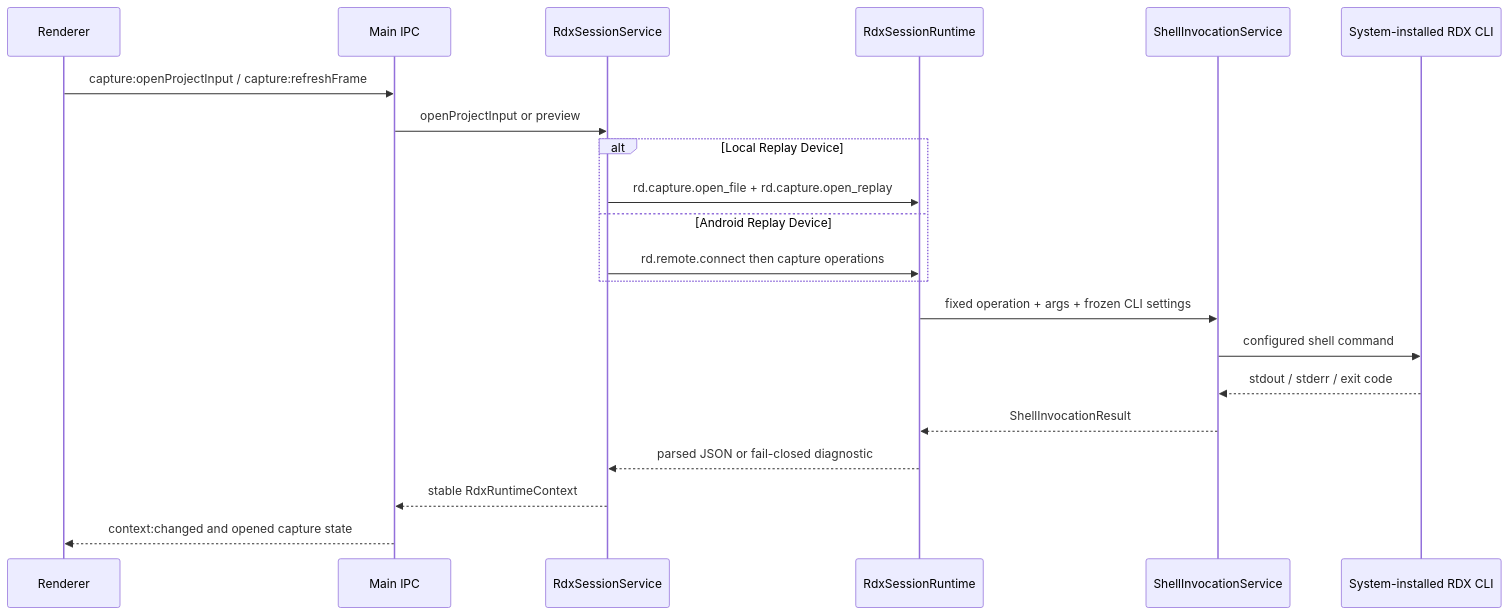
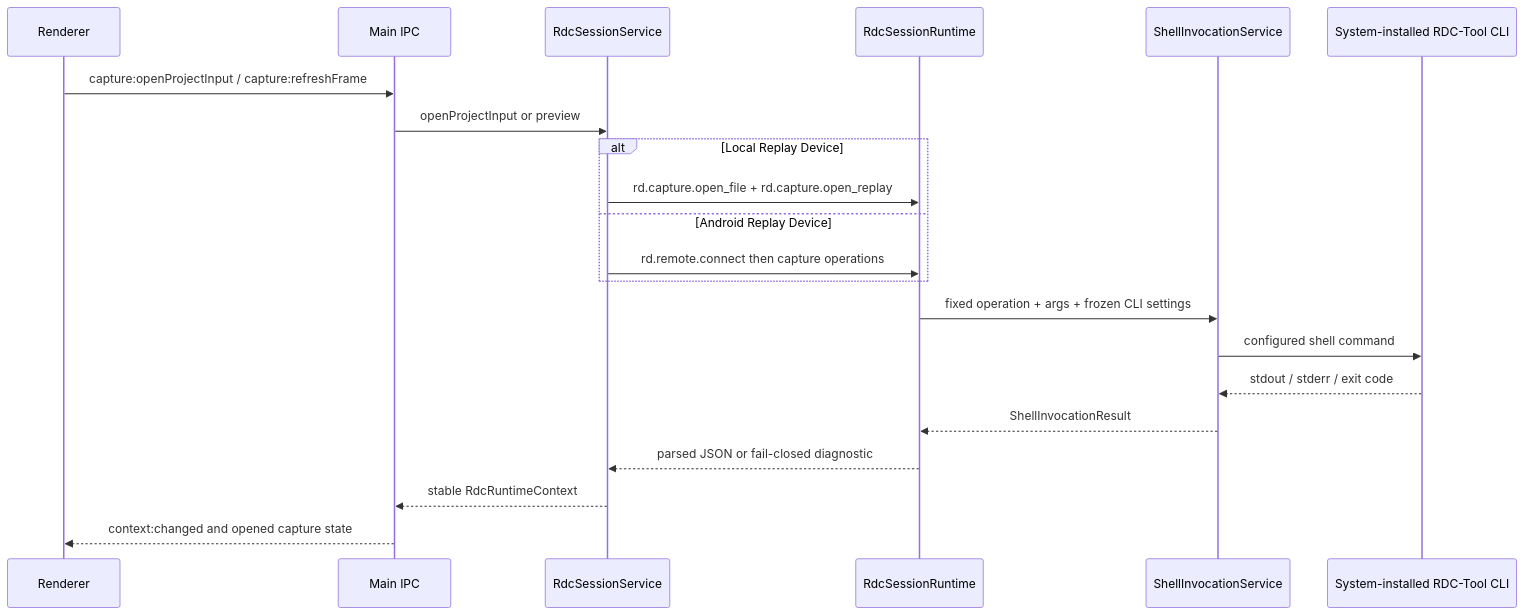
One commit to haolange/RDC-Agent changed the second of 3 diagrams in docs/architecture/data-flow.md. Above: the diagram before and after it, drawn with Mermaid. The commit also changed other lines of this file and 557 other files, not shown here.

First line of the commit message:
Unify RDC-Agent identity and canonical RDC-Tool integration

````diff
--- a/docs/architecture/data-flow.md
+++ b/docs/architecture/data-flow.md
@@ -35,24 +35,24 @@
 ```mermaid
 sequenceDiagram
   participant UI as Renderer
   participant IPC as Main IPC
-  participant Session as RdxSessionService
-  participant Runtime as RdxSessionRuntime
+  participant Session as RdcSessionService
+  participant Runtime as RdcSessionRuntime
   participant Shell as ShellInvocationService
-  participant CLI as System-installed RDX CLI
+  participant CLI as System-installed RDC-Tool CLI
 
   UI->>IPC: capture:openProjectInput / capture:refreshFrame
   IPC->>Session: openProjectInput or preview
   alt Local Replay Device
     Session->>Runtime: rd.capture.open_file + rd.capture.open_replay
   else Android Replay Device
     Session->>Runtime: rd.remote.connect then capture operations
   end
   Runtime->>Shell: fixed operation + args + frozen CLI settings
   Shell->>CLI: configured shell command
   CLI-->>Shell: stdout / stderr / exit code
   Shell-->>Runtime: ShellInvocationResult
   Runtime-->>Session: parsed JSON or fail-closed diagnostic
-  Session-->>IPC: stable RdxRuntimeContext
+  Session-->>IPC: stable RdcRuntimeContext
   IPC-->>UI: context:changed and opened capture state
 ```
````
